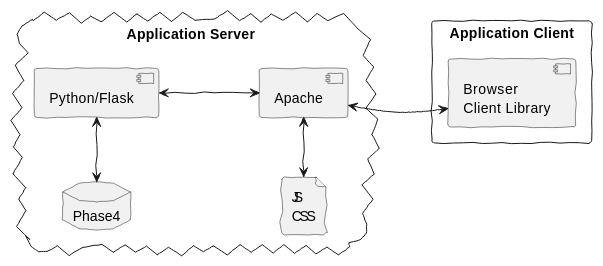
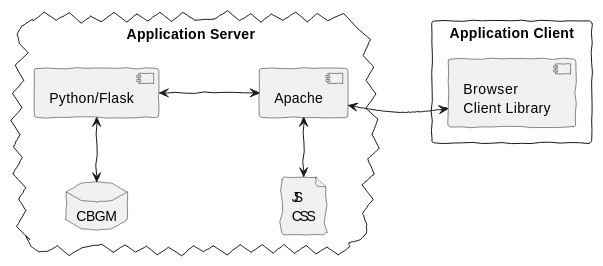
Before and after one commit to cceh/ntg: the second of 2 diagrams in doc_src/intro.rst, drawn with PlantUML.

Commit message:
Clarify docs.

```diff
--- a/doc_src/intro.rst
+++ b/doc_src/intro.rst
@@ -63,24 +63,24 @@
 .. uml::
    :align: center
    :caption: Online Application
 
    skinparam handwritten true
    skinparam NodeSep 100
    skinparam RankSep 50
 
    cloud "Application Server\n" as server {
-      database "Phase4"
+      database "CBGM"
       [Python/Flask] as Flask
       file "JS\nCSS" AS JS
       [Apache]
 
-      [Flask]  <--> Phase4
+      [Flask]  <--> CBGM
       [Flask]  <-> [Apache]
       [Apache]  <--> JS
    }
 
    rectangle "Application Client" as client {
       [Browser\nClient Library] as Browser
    }
 
    [Apache] <-> [Browser]
```
